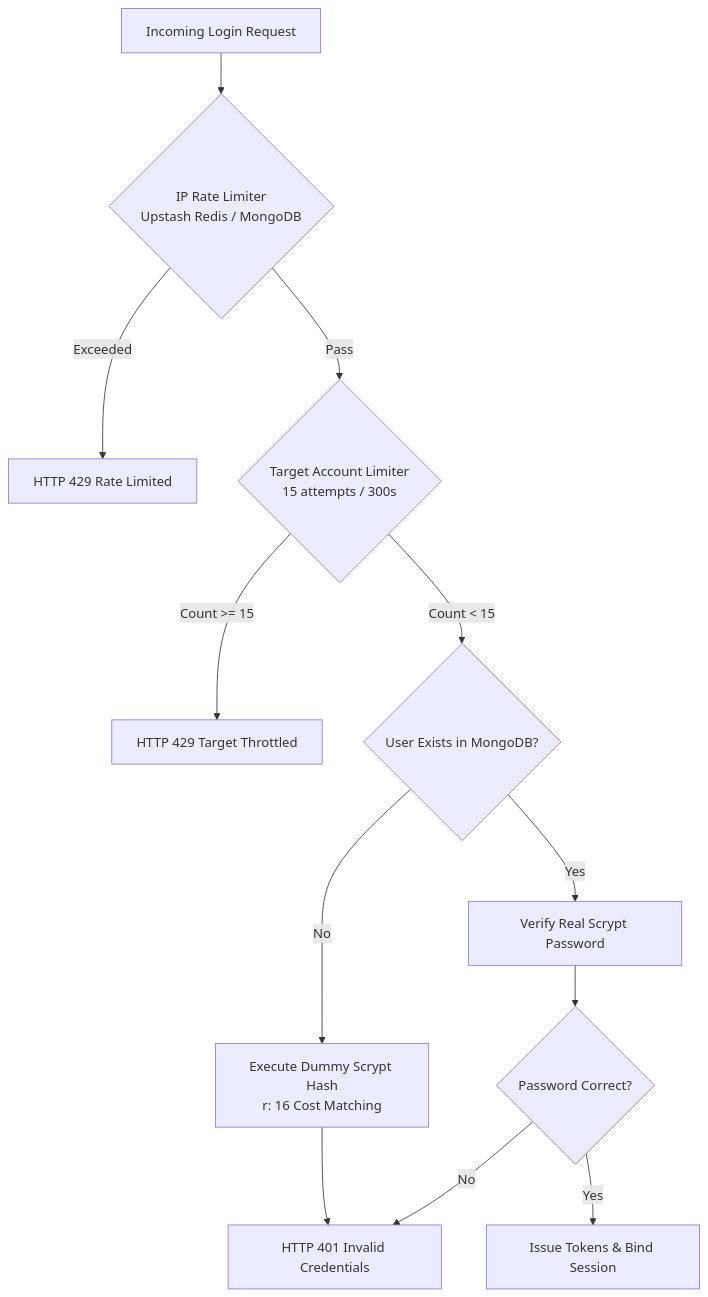
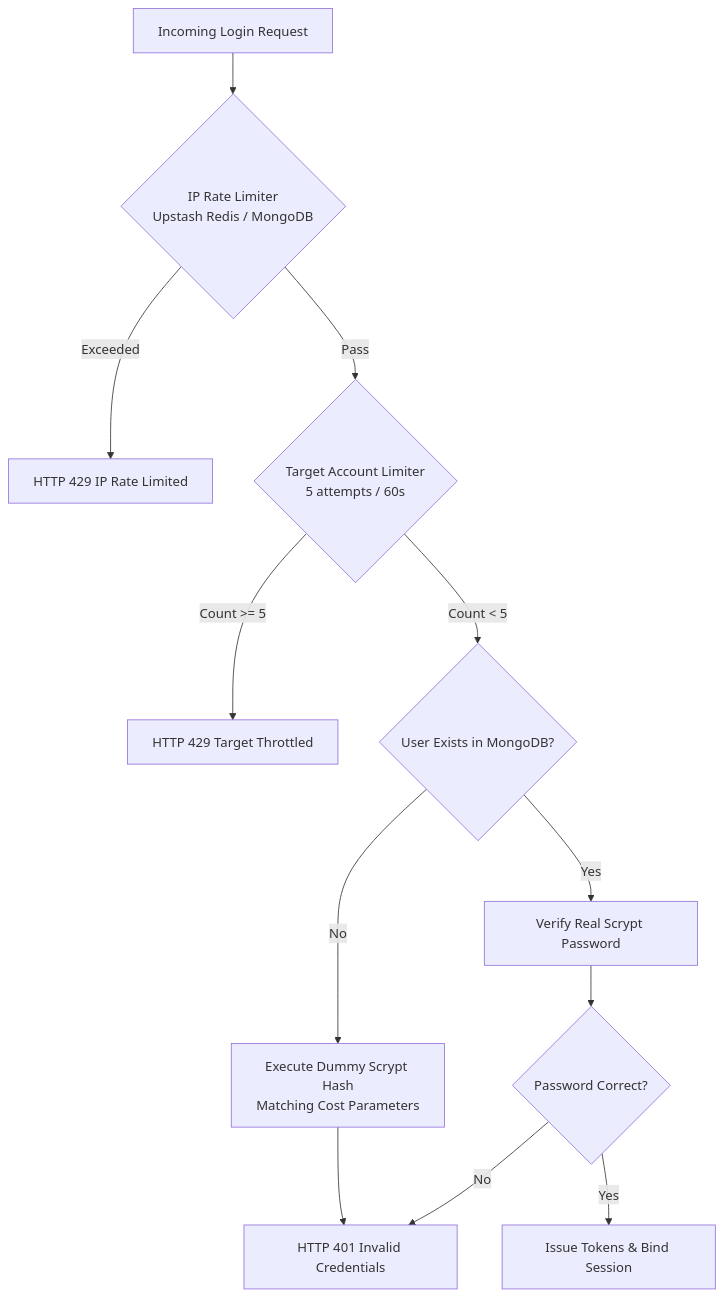
The diagram in docs/SECURITY.md (SGOD-pro/OAuth2.1), drawn with Mermaid before and after one commit. The commit also changed other lines of this file and 13 other files, not shown here.

````diff
--- a/docs/SECURITY.md
+++ b/docs/SECURITY.md
@@ -25,14 +28,14 @@
 ```mermaid
 flowchart TD
     Req[Incoming Login Request] --> IPCheck{IP Rate Limiter<br/>Upstash Redis / MongoDB}
-    IPCheck -- "Exceeded" --> HTTP429_IP[HTTP 429 Rate Limited]
-    IPCheck -- "Pass" --> TargetCheck{Target Account Limiter<br/>15 attempts / 300s}
-    TargetCheck -- "Count >= 15" --> HTTP429_Target[HTTP 429 Target Throttled]
-    TargetCheck -- "Count < 15" --> UserLookup{User Exists in MongoDB?}
-    UserLookup -- "No" --> DummyHash[Execute Dummy Scrypt Hash<br/>r: 16 Cost Matching]
+    IPCheck -- "Exceeded" --> HTTP429_IP[HTTP 429 IP Rate Limited]
+    IPCheck -- "Pass" --> TargetCheck{Target Account Limiter<br/>5 attempts / 60s}
+    TargetCheck -- "Count >= 5" --> HTTP429_Target[HTTP 429 Target Throttled]
+    TargetCheck -- "Count < 5" --> UserLookup{User Exists in MongoDB?}
+    UserLookup -- "No" --> DummyHash[Execute Dummy Scrypt Hash<br/>Matching Cost Parameters]
     UserLookup -- "Yes" --> RealHash[Verify Real Scrypt Password]
     DummyHash --> AuthFail[HTTP 401 Invalid Credentials]
     RealHash --> AuthResult{Password Correct?}
     AuthResult -- "No" --> AuthFail
     AuthResult -- "Yes" --> GenTokens[Issue Tokens & Bind Session]
 ```
````
